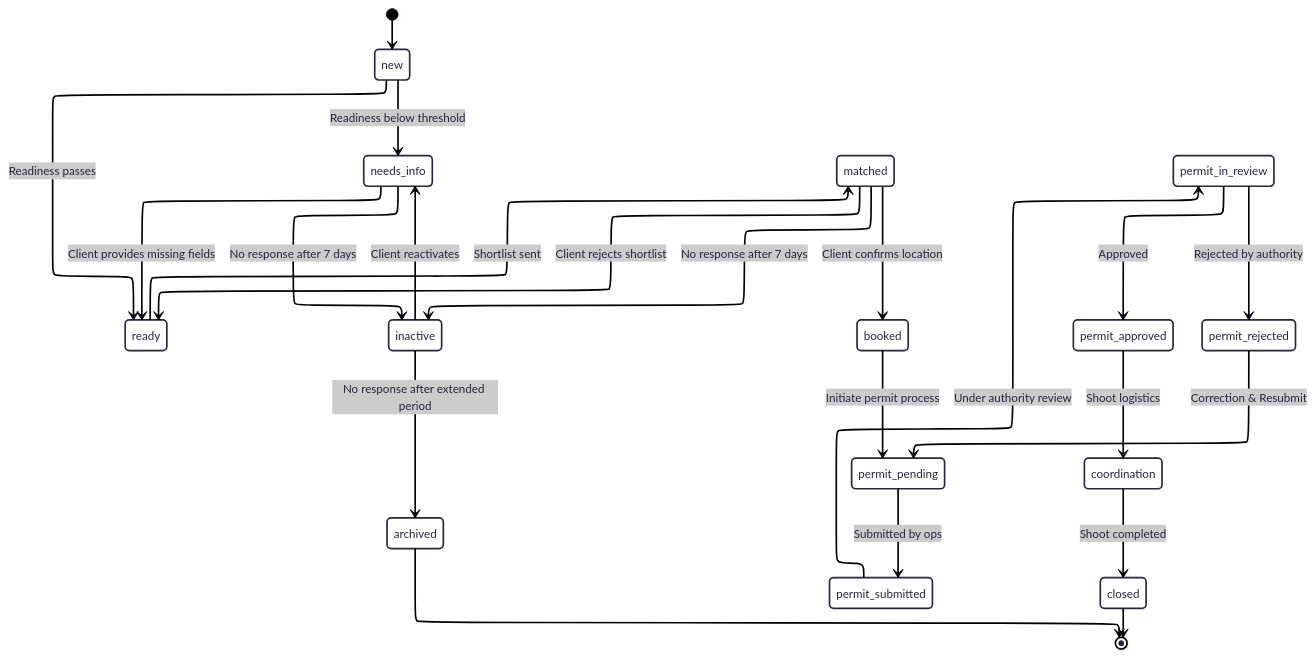
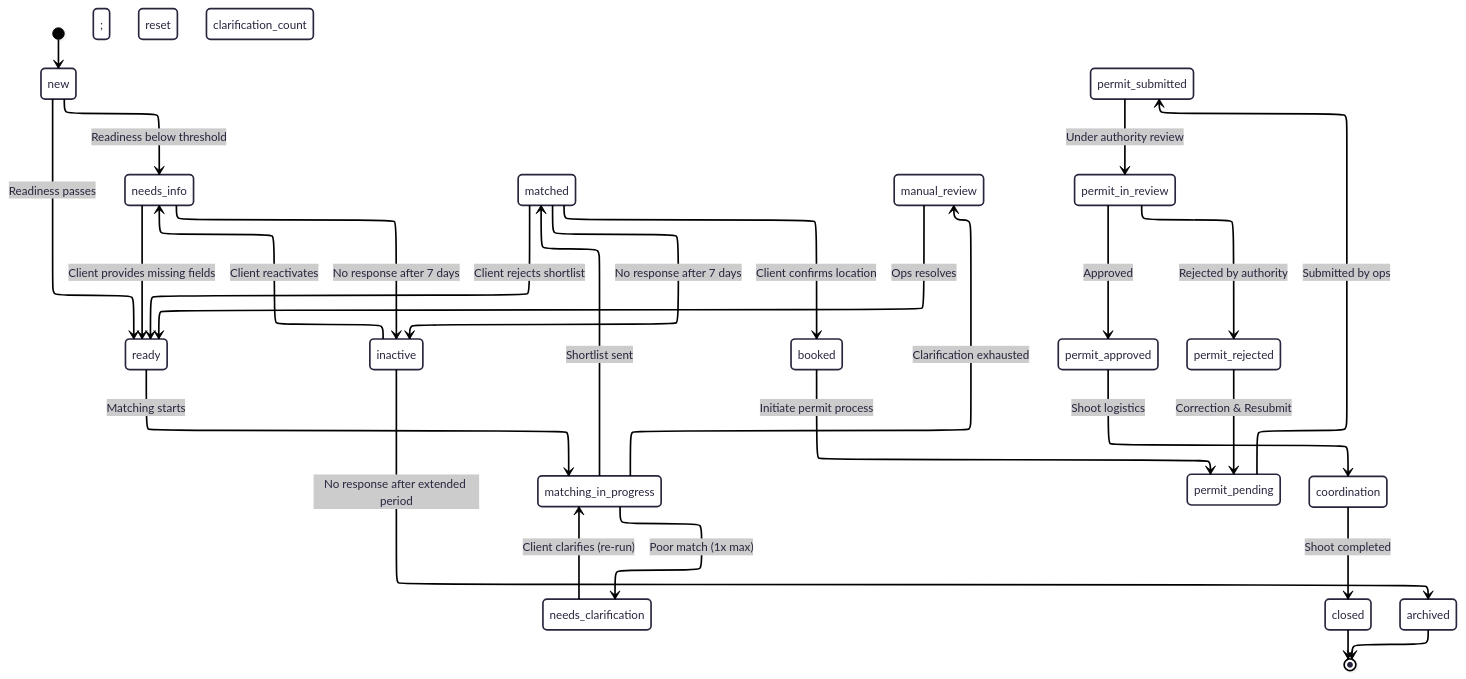
One commit to VarunDronamraju/VDLHQ changed the fourth of 6 diagrams in FIles/mermaids.md. Above: the diagram before and after it, drawn with Mermaid. The commit also changed other lines of this file and 4 other files, not shown here.

````diff
--- a/FIles/mermaids.md
+++ b/FIles/mermaids.md
@@ -293,36 +306,42 @@
 ```mermaid
 ---
 config:
   layout: elk
   theme: redux
 ---
 stateDiagram-v2
     [*] --> new
 
     new --> needs_info: Readiness below threshold
     new --> ready: Readiness passes
 
     needs_info --> ready: Client provides missing fields
     needs_info --> inactive: No response after 7 days
 
-    ready --> matched: Shortlist sent
+    ready --> matching_in_progress: Matching starts
+    matching_in_progress --> matched: Shortlist sent
+    matching_in_progress --> needs_clarification: Poor match (1x max)
+    matching_in_progress --> manual_review: Clarification exhausted
+    needs_clarification --> matching_in_progress: Client clarifies (re-run)
+
     matched --> ready: Client rejects shortlist
     matched --> inactive: No response after 7 days
     matched --> booked: Client confirms location
+    manual_review --> ready: Ops resolves; reset clarification_count
 
     booked --> permit_pending: Initiate permit process
     permit_pending --> permit_submitted: Submitted by ops
     permit_submitted --> permit_in_review: Under authority review
     permit_in_review --> permit_approved: Approved
     permit_in_review --> permit_rejected: Rejected by authority
     permit_rejected --> permit_pending: Correction & Resubmit
 
     permit_approved --> coordination: Shoot logistics
     coordination --> closed: Shoot completed
 
     inactive --> needs_info: Client reactivates
     inactive --> archived: No response after extended period
 
     archived --> [*]
     closed --> [*]
 ```
````
